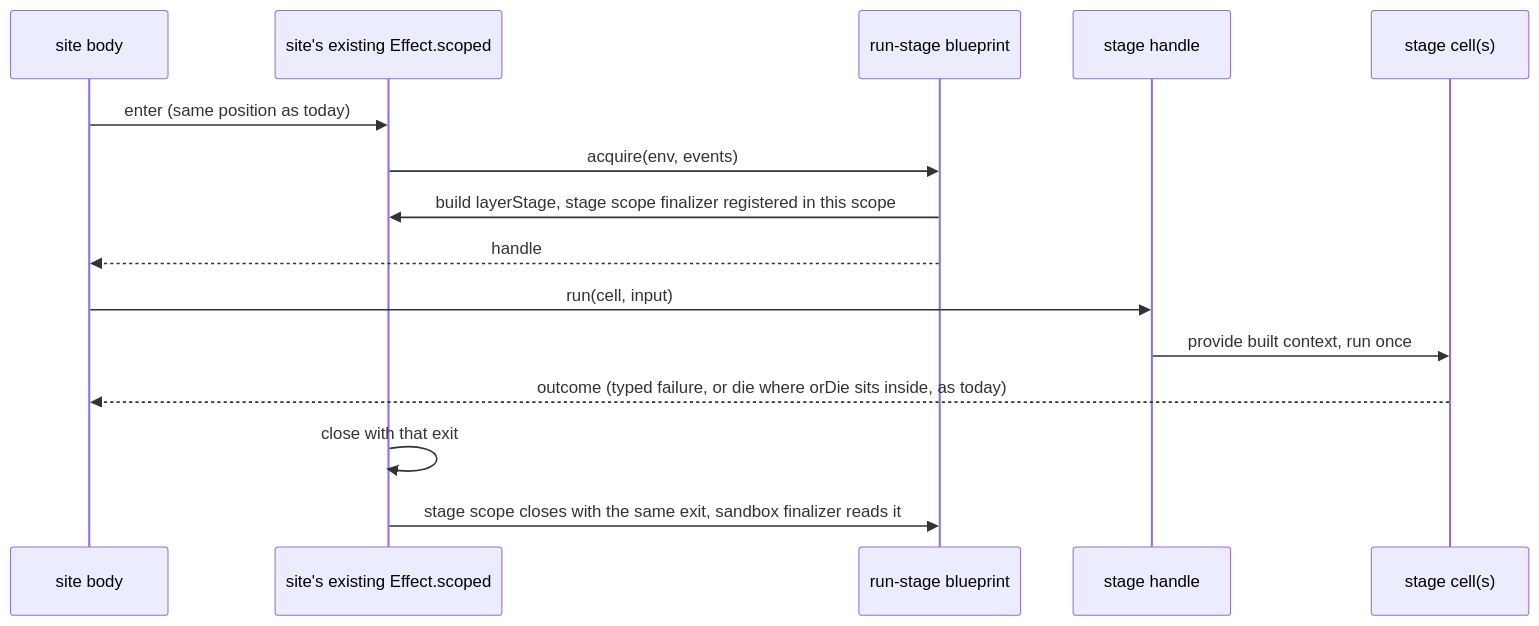
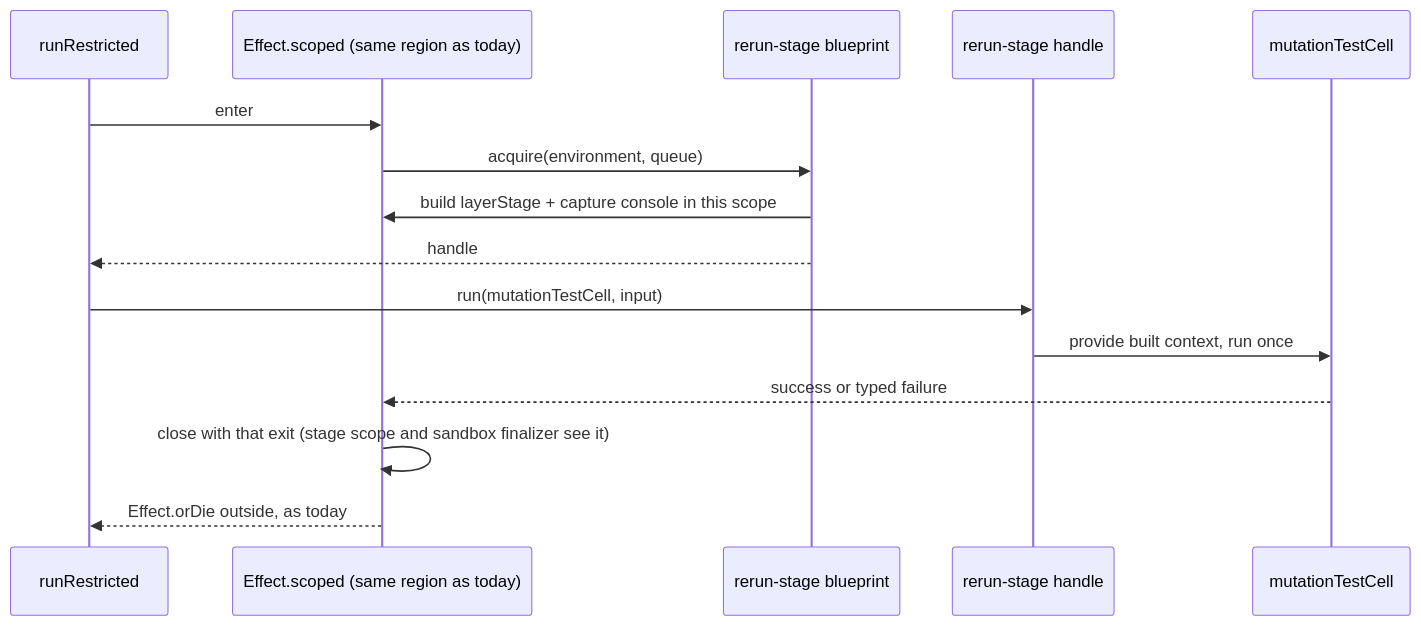
The diagram in docs/plans/2026-10-13-0941-refactor-boundary-escalations-plan.md (systemfsoftware/stryker-js-effect), drawn with Mermaid before and after one commit. The commit also changed other lines of this file, not shown here.

````diff
--- a/docs/plans/2026-10-13-0941-refactor-boundary-escalations-plan.md
+++ b/docs/plans/2026-10-13-0941-refactor-boundary-escalations-plan.md
@@ -207,17 +170,17 @@
 ```mermaid
 sequenceDiagram
-  participant Site as site body
-  participant Scope as site's existing Effect.scoped
-  participant BP as run-stage blueprint
-  participant H as stage handle
-  participant Cell as stage cell(s)
-  Site->>Scope: enter (same position as today)
-  Scope->>BP: acquire(env, events)
-  BP->>Scope: build layerStage, stage scope finalizer registered in this scope
-  BP-->>Site: handle
-  Site->>H: run(cell, input)
-  H->>Cell: provide built context, run once
-  Cell-->>Site: outcome (typed failure, or die where orDie sits inside, as today)
-  Scope->>Scope: close with that exit
-  Scope->>BP: stage scope closes with the same exit, sandbox finalizer reads it
+  participant R as runRestricted
+  participant S as Effect.scoped (same region as today)
+  participant BP as rerun-stage blueprint
+  participant H as rerun-stage handle
+  participant C as mutationTestCell
+  R->>S: enter
+  S->>BP: acquire(environment, queue)
+  BP->>S: build layerStage + capture console in this scope
+  BP-->>R: handle
+  R->>H: run(mutationTestCell, input)
+  H->>C: provide built context, run once
+  C-->>S: success or typed failure
+  S->>S: close with that exit (stage scope and sandbox finalizer see it)
+  S-->>R: Effect.orDie outside, as today
 ```
````
